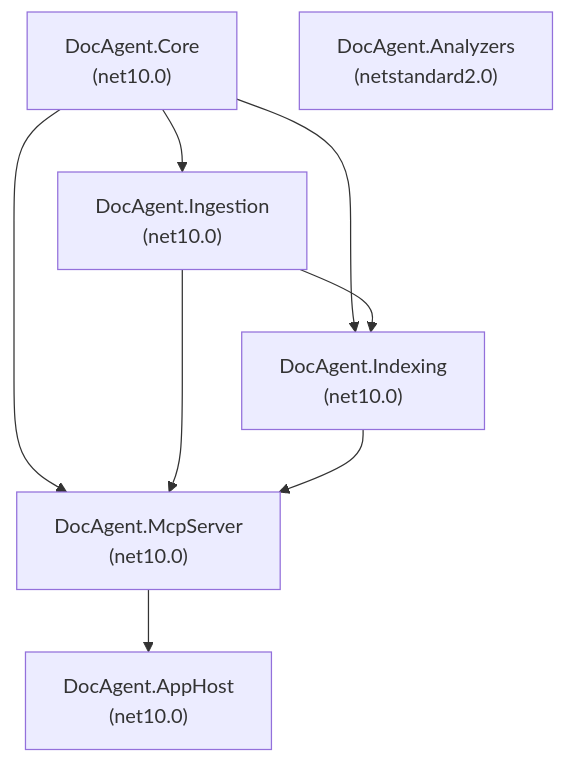
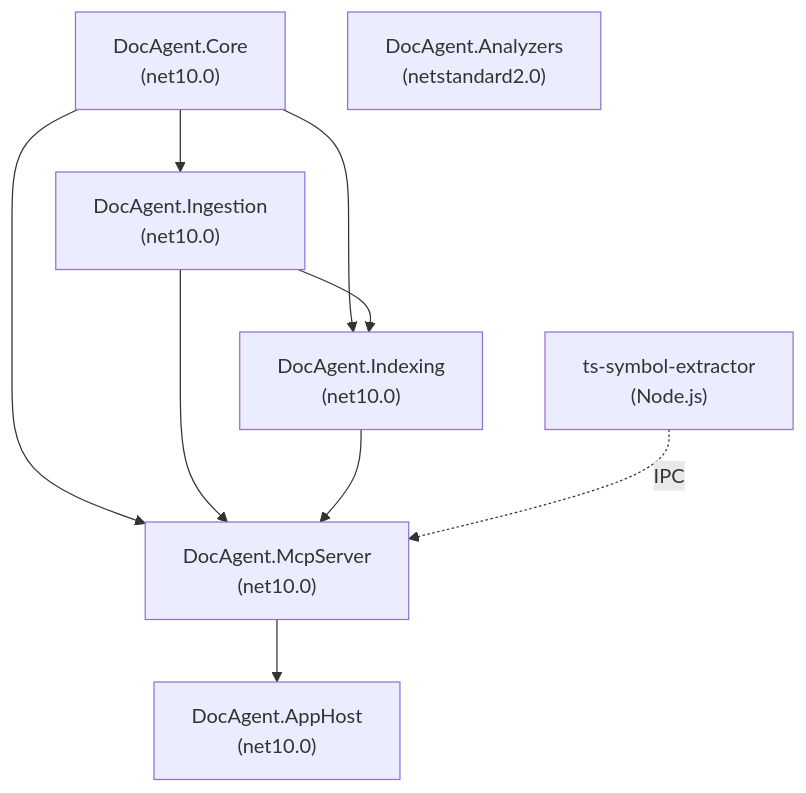
The diagram in docs/Architecture.md (jamesburton/CSharpDocAgentFrameworkMCP), drawn with Mermaid before and after one commit. The commit also changed other lines of this file and 49 other files, not shown here.

First line of the commit message:
feat: Add TypeScript language support with Node.js sidecar and MCP integration

````diff
--- a/docs/Architecture.md
+++ b/docs/Architecture.md
@@ -31,17 +32,19 @@
 ```mermaid
 graph TD
     Core["DocAgent.Core\n(net10.0)"]
     Ingestion["DocAgent.Ingestion\n(net10.0)"]
     Indexing["DocAgent.Indexing\n(net10.0)"]
     McpServer["DocAgent.McpServer\n(net10.0)"]
     AppHost["DocAgent.AppHost\n(net10.0)"]
     Analyzers["DocAgent.Analyzers\n(netstandard2.0)"]
+    Sidecar["ts-symbol-extractor\n(Node.js)"]
 
     Core --> Ingestion
     Core --> Indexing
     Ingestion --> Indexing
     Core --> McpServer
     Ingestion --> McpServer
     Indexing --> McpServer
+    Sidecar -.->|IPC| McpServer
     McpServer --> AppHost
 ```
````
